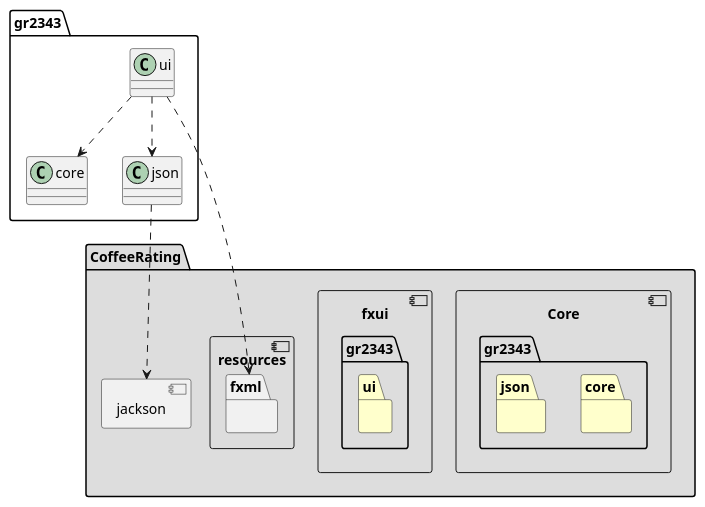
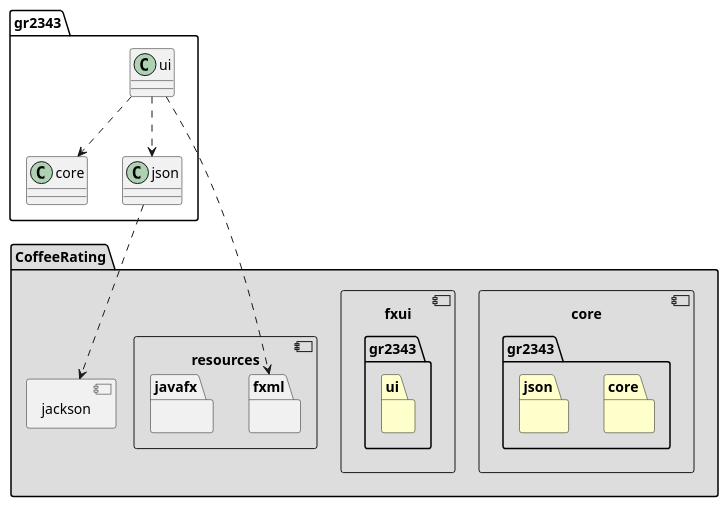
One commit to annafarestrand/informatikk_prosjektarbeid changed the diagram in docs/images/package_diagram.puml. Above: the diagram before and after it, drawn with PlantUML. The commit also changed 2 other files, not shown here.

Commit message:
Added diagrams in documentation, co-authored by Anna

```diff
--- a/docs/images/package_diagram.puml
+++ b/docs/images/package_diagram.puml
@@ -1,34 +1,37 @@
 @startuml package_diagram
 folder CoffeeRating #DDDDDD{
-    component Core #DDDDDD{
+    component core #DDDDDD{
         package gr2343.core #FFFFCC{
             
         }
-        package gr2343.json #FFFFCC{
+        package gr2343.json #FFFFCC{ 
             
         }
     }
 
     component fxui #DDDDDD{
         package gr2343.ui #FFFFCC{
             
         }
     }
 
     component jackson {
 
     }
 
     component resources {
         package fxml{
 
         }
+        package javafx{
+
+        }
     }
 }
 
 gr2343.ui ..> gr2343.core
 gr2343.ui ..> gr2343.json
 
 gr2343.json ..> jackson
 gr2343.ui ..> fxml
 @enduml
```
